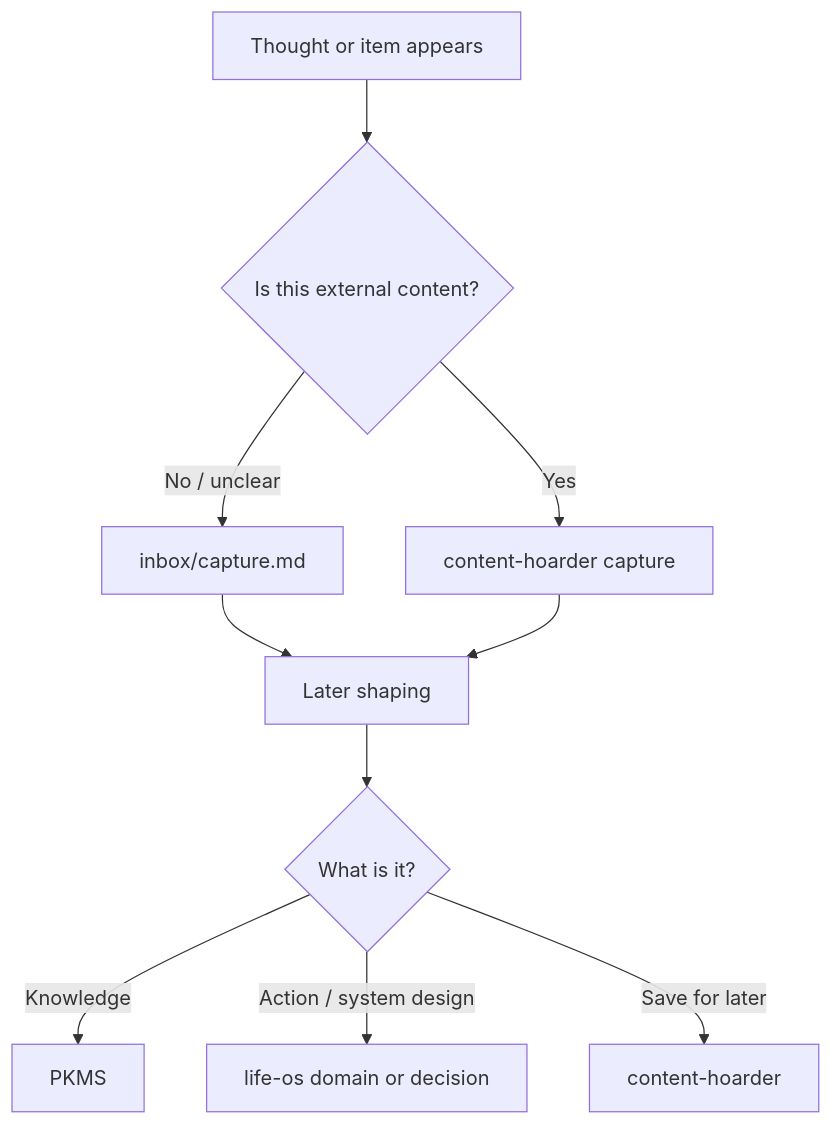
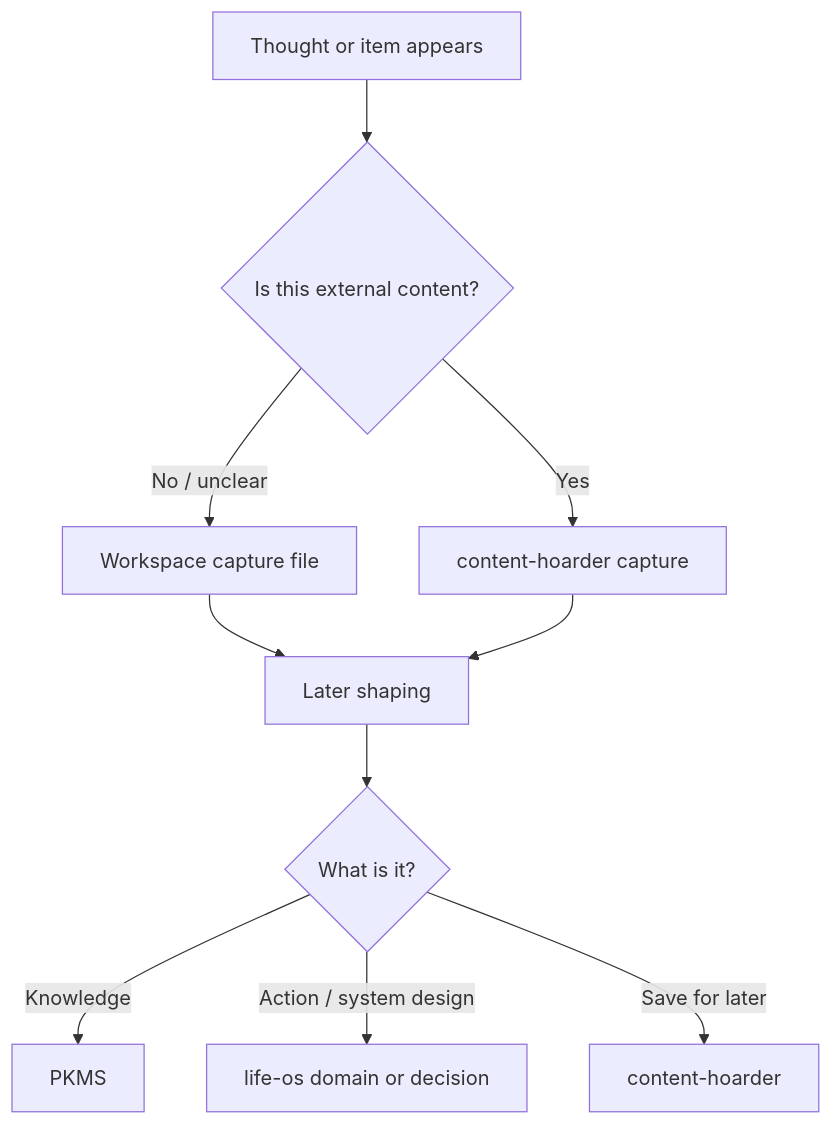
Before and after one commit to asmartin-ai/life-os-public: the third of 6 diagrams in docs/architecture.md, drawn with Mermaid. The commit also changed other lines of this file and 30 other files, not shown here.

````diff
--- a/docs/architecture.md
+++ b/docs/architecture.md
@@ -48,12 +112,12 @@
 ```mermaid
 flowchart TD
     A[Thought or item appears] --> B{Is this external content?}
     B -->|Yes| C[content-hoarder capture]
-    B -->|No / unclear| D[inbox/capture.md]
+    B -->|No / unclear| D[Workspace capture file]
     D --> E[Later shaping]
     C --> E
     E --> F{What is it?}
     F -->|Knowledge| G[PKMS]
     F -->|Action / system design| H[life-os domain or decision]
     F -->|Save for later| I[content-hoarder]
 ```
````
